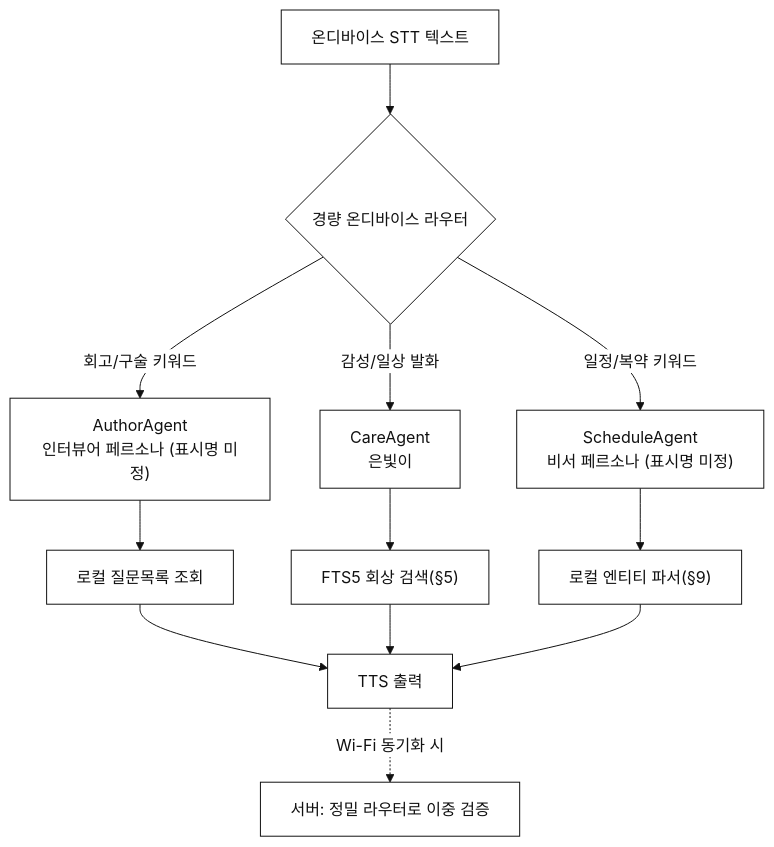
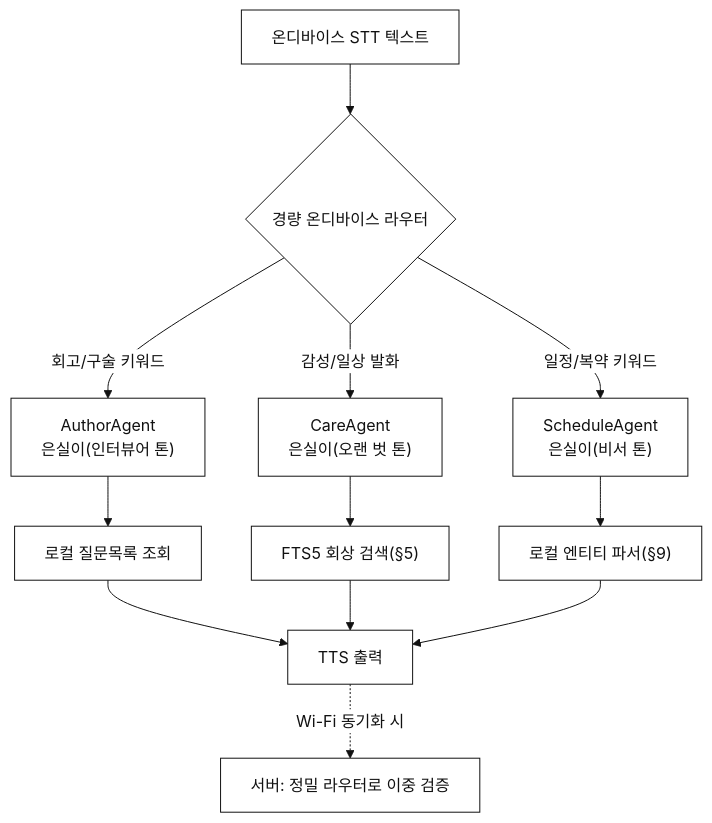
One commit to boheni07/SilverYarn changed diagram 20 of 23 in docs/02-design/workflow-diagrams.md. Above: the diagram before and after it, drawn with Mermaid. The commit also changed other lines of this file and 10 other files, not shown here.

````diff
--- a/docs/02-design/workflow-diagrams.md
+++ b/docs/02-design/workflow-diagrams.md
@@ -575,12 +577,12 @@
 ```mermaid
 %%{init: {'theme':'base', 'themeVariables': {'primaryColor':'#ffffff','primaryTextColor':'#111111','primaryBorderColor':'#111111','lineColor':'#111111','background':'#ffffff','mainBkg':'#ffffff','textColor':'#111111','edgeLabelBackground':'#ffffff'}}}%%
 flowchart TD
     Input["온디바이스 STT 텍스트"] --> Router{"경량 온디바이스 라우터"}
-    Router -- "회고/구술 키워드" --> Author["AuthorAgent<br/>인터뷰어 페르소나 (표시명 미정)"]
-    Router -- "감성/일상 발화" --> Care["CareAgent<br/>은빛이"]
-    Router -- "일정/복약 키워드" --> Sched["ScheduleAgent<br/>비서 페르소나 (표시명 미정)"]
+    Router -- "회고/구술 키워드" --> Author["AuthorAgent<br/>은실이(인터뷰어 톤)"]
+    Router -- "감성/일상 발화" --> Care["CareAgent<br/>은실이(오랜 벗 톤)"]
+    Router -- "일정/복약 키워드" --> Sched["ScheduleAgent<br/>은실이(비서 톤)"]
     Author --> A1["로컬 질문목록 조회"] --> AT["TTS 출력"]
     Care --> A2["FTS5 회상 검색(§5)"] --> AT
     Sched --> A3["로컬 엔티티 파서(§9)"] --> AT
     AT -.->|"Wi-Fi 동기화 시"| Server["서버: 정밀 라우터로 이중 검증"]
 ```
````
